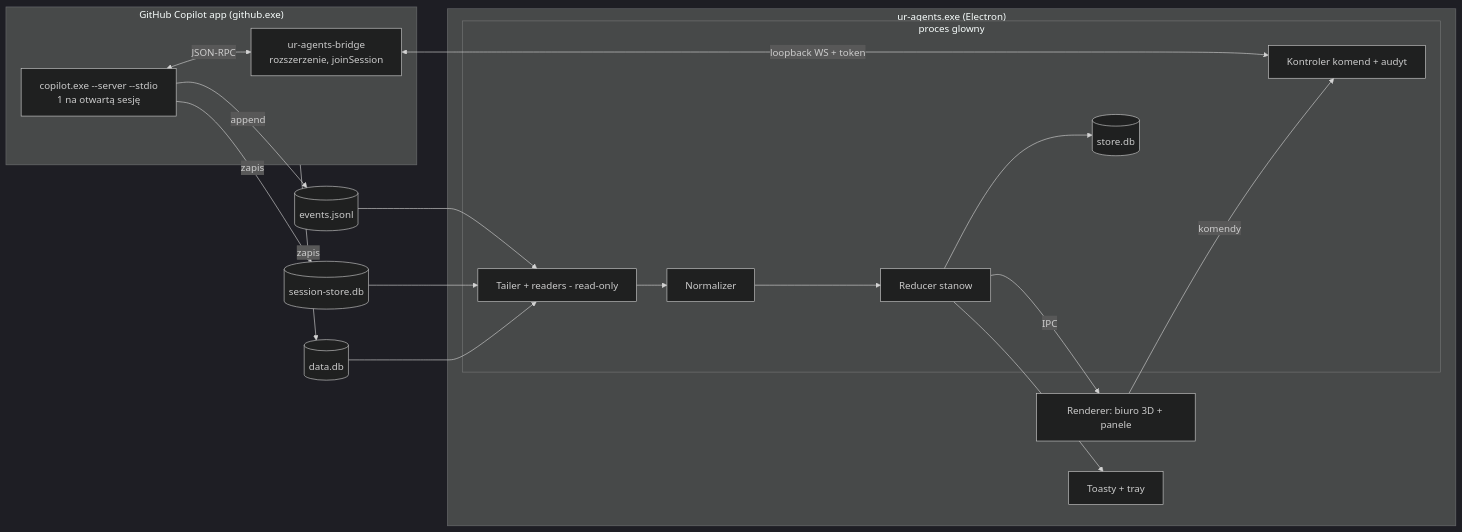
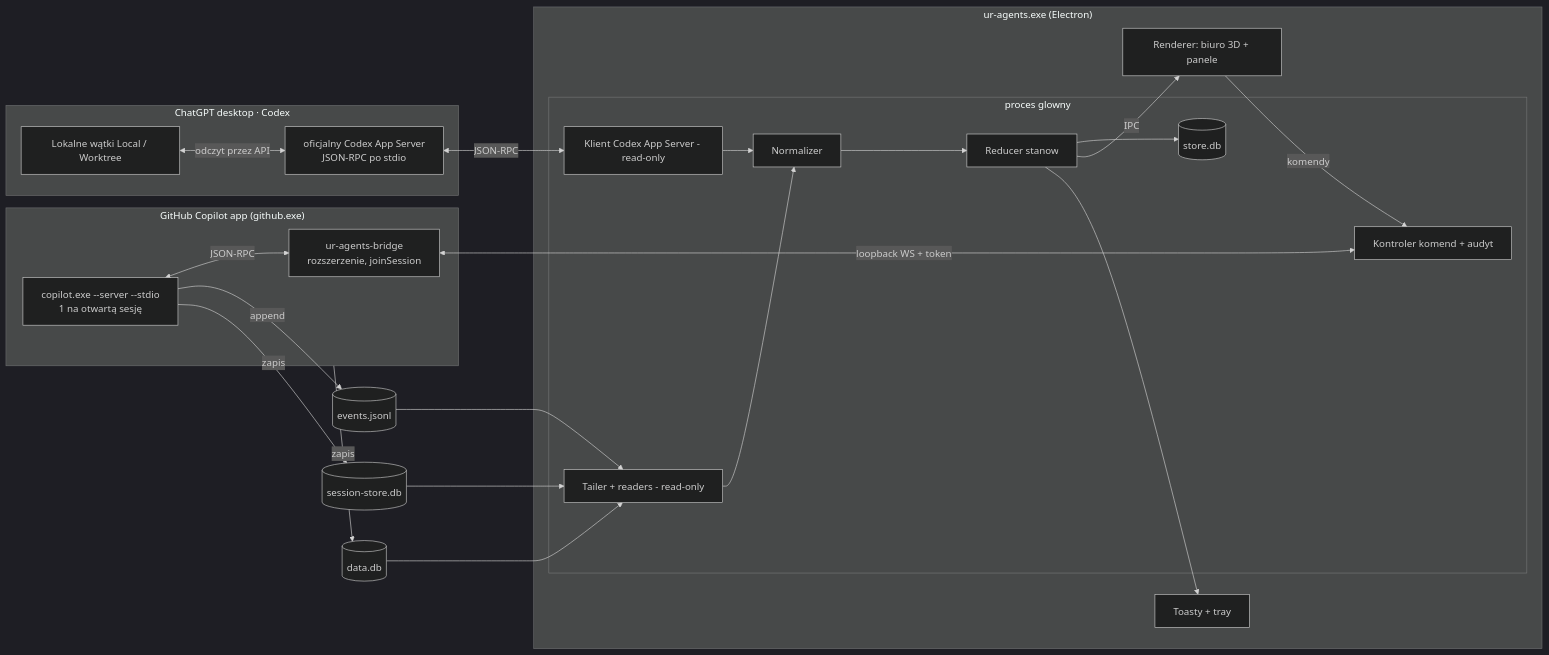
One commit to xsqezz/Your_Agents_Github_Addon changed the diagram in docs/PLAN.md. Above: the diagram before and after it, drawn with Mermaid (dark theme). The commit also changed other lines of this file and 13 other files, not shown here.

Commit message:
feat: monitor local ChatGPT Codex sessions

````diff
--- a/docs/PLAN.md
+++ b/docs/PLAN.md
@@ -47,24 +50,31 @@
 ```mermaid
 flowchart LR
   subgraph APP["GitHub Copilot app (github.exe)"]
     CLI["copilot.exe --server --stdio<br/>1 na otwartą sesję"]
     BR["ur-agents-bridge<br/>rozszerzenie, joinSession"]
     CLI <-- JSON-RPC --> BR
   end
+  subgraph CODEX["ChatGPT desktop · Codex"]
+    THREADS["Lokalne wątki Local / Worktree"]
+    CAS["oficjalny Codex App Server<br/>JSON-RPC po stdio"]
+    THREADS <-- odczyt przez API --> CAS
+  end
   CLI -- append --> EV[("events.jsonl")]
   CLI -- zapis --> SS[("session-store.db")]
   APP -- zapis --> DD[("data.db")]
   subgraph EXE["ur-agents.exe (Electron)"]
     subgraph MAIN["proces glowny"]
       T["Tailer + readers - read-only"] --> N["Normalizer"] --> R["Reducer stanow"] --> ST[("store.db")]
+      C["Klient Codex App Server - read-only"] --> N
       CTL["Kontroler komend + audyt"]
     end
     R -- IPC --> UI["Renderer: biuro 3D + panele"]
     UI -- komendy --> CTL
     R --> TOAST["Toasty + tray"]
   end
   EV --> T
   SS --> T
   DD --> T
   BR <-- loopback WS + token --> CTL
+  CAS <-- JSON-RPC --> C
 ```
````
